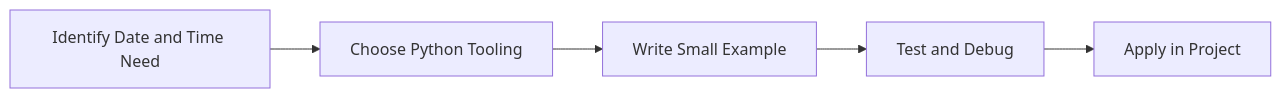
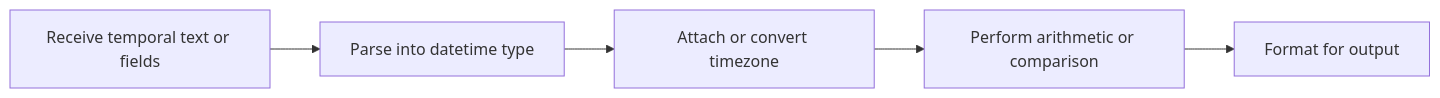
Before and after one commit to SYMOIZ/E-Learning-Portal: the diagram in Python-Mastery/Beginner/28-date-and-time.md, drawn with Mermaid. The commit also changed other lines of this file and 116 other files, not shown here.

````diff
--- a/Python-Mastery/Beginner/28-date-and-time.md
+++ b/Python-Mastery/Beginner/28-date-and-time.md
@@ -125,7 +130,12 @@
 ```mermaid
 flowchart LR
-    A[Identify Date and Time Need] --> B[Choose Python Tooling]
-    B --> C[Write Small Example]
-    C --> D[Test and Debug]
-    D --> E[Apply in Project]
+    A[Receive temporal text or fields]
+    B[Parse into datetime type]
+    C[Attach or convert timezone]
+    D[Perform arithmetic or comparison]
+    E[Format for output]
+    A --> B
+    B --> C
+    C --> D
+    D --> E
 ```
````
